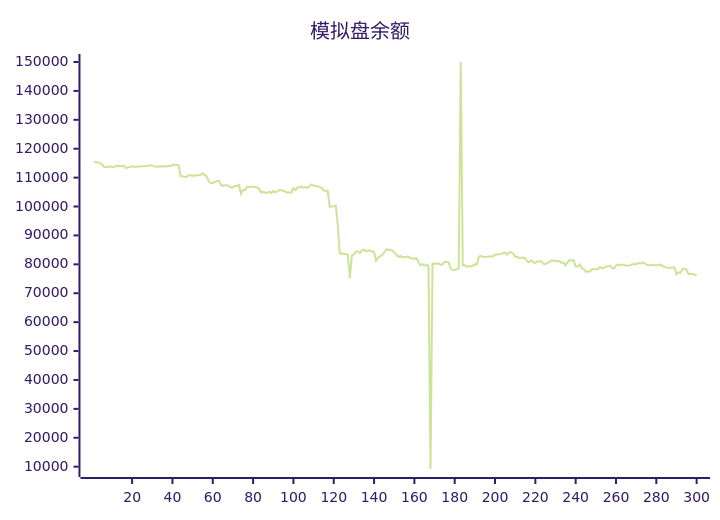
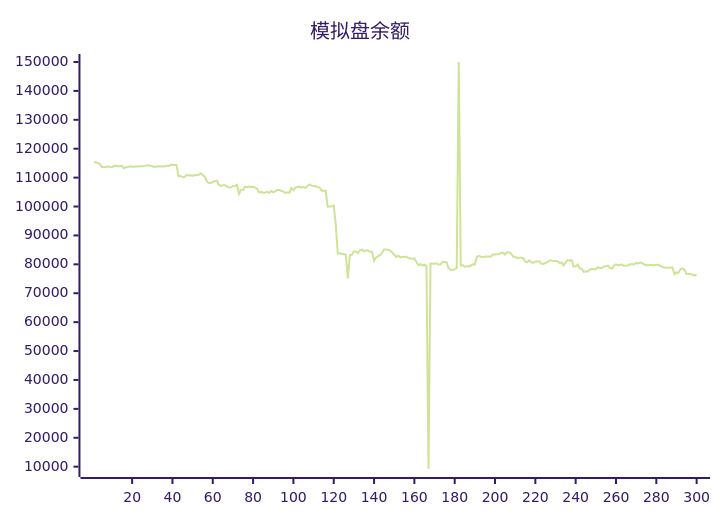
The diagram in README.md (aahl/ai-trading), drawn with Mermaid (forest theme) before and after one commit. The commit also changed other lines of this file and 1 other file, not shown here.

````diff
--- a/README.md
+++ b/README.md
@@ -5,5 +5,5 @@
 ```mermaid
 xychart
     title "模拟盘余额"
-    line [115582,115358,115358,115032,114686,113688,113688,113610,113930,113672,113585,114083,114074,113840,113996,114051,113208,113593,113701,113901,113794,113784,113810,113848,113927,113929,114064,114232,114293,114144,113960,113698,113853,113942,113812,113908,113877,114091,113998,114427,114422,114384,114384,110477,110576,110198,110198,110890,110712,110812,110569,110929,110847,110968,111478,110870,110433,108661,108116,108115,108485,108797,108877,107536,107134,107393,107393,107046,106565,106565,107081,107081,107478,104404,105715,105749,106866,106651,106889,106771,106816,106565,106141,104876,105103,104796,104734,105169,104690,105380,104941,105272,105709,105739,105374,105227,104691,104924,104762,106364,105628,106608,106748,106872,106485,106721,106468,107132,107620,107224,107080,107001,106717,106567,105431,105431,105440,99950,100017,100113,100337,93749,83795,83807,83567,83567,83342,75168,83222,83336,84448,84449,83896,84839,85065,84499,84757,84757,84364,84347,81254,82385,82835,83184,84099,85150,85150,85002,84751,84096,83356,82582,82983,82404,82572,82512,82688,82200,82047,81920,82125,80840,79688,80060,79552,79920,79470,9193,80236,80208,80170,80336,79894,80006,80954,80837,80712,78561,78139,78037,78293,78682,150000,79720,79720,79214,79372,79279,79591,80046,79993,82625,82950,82626,82571,82633,82670,82670,82681,83386,83378,83464,83579,83920,84037,83402,84160,84142,83652,82655,82655,82145,82315,82243,82163,80934,80770,81371,80742,80468,80989,80989,81067,80191,80155,80450,80737,81309,81309,81106,81119,81119,80471,80631,79624,80670,81448,81290,81429,79212,79222,79940,78643,78380,77432,77623,77504,78235,78358,78284,78277,79048,78714,78714,79290,79308,79567,78763,78563,79603,79988,79652,79813,79813,79476,79469,79673,79995,80015,80015,80486,80314,80600,80436,79966,79689,79689,79819,79692,79692,79850,79850,79518,79071,78889,78850,78850,78878,78878,76554,77202,77103,78357,78510,78106,76678,76677,76672,76411,76159]
+    line [115358,115358,115032,114686,113688,113688,113610,113930,113672,113585,114083,114074,113840,113996,114051,113208,113593,113701,113901,113794,113784,113810,113848,113927,113929,114064,114232,114293,114144,113960,113698,113853,113942,113812,113908,113877,114091,113998,114427,114422,114384,114384,110477,110576,110198,110198,110890,110712,110812,110569,110929,110847,110968,111478,110870,110433,108661,108116,108115,108485,108797,108877,107536,107134,107393,107393,107046,106565,106565,107081,107081,107478,104404,105715,105749,106866,106651,106889,106771,106816,106565,106141,104876,105103,104796,104734,105169,104690,105380,104941,105272,105709,105739,105374,105227,104691,104924,104762,106364,105628,106608,106748,106872,106485,106721,106468,107132,107620,107224,107080,107001,106717,106567,105431,105431,105440,99950,100017,100113,100337,93749,83795,83807,83567,83567,83342,75168,83222,83336,84448,84449,83896,84839,85065,84499,84757,84757,84364,84347,81254,82385,82835,83184,84099,85150,85150,85002,84751,84096,83356,82582,82983,82404,82572,82512,82688,82200,82047,81920,82125,80840,79688,80060,79552,79920,79470,9193,80236,80208,80170,80336,79894,80006,80954,80837,80712,78561,78139,78037,78293,78682,150000,79720,79720,79214,79372,79279,79591,80046,79993,82625,82950,82626,82571,82633,82670,82670,82681,83386,83378,83464,83579,83920,84037,83402,84160,84142,83652,82655,82655,82145,82315,82243,82163,80934,80770,81371,80742,80468,80989,80989,81067,80191,80155,80450,80737,81309,81309,81106,81119,81119,80471,80631,79624,80670,81448,81290,81429,79212,79222,79940,78643,78380,77432,77623,77504,78235,78358,78284,78277,79048,78714,78714,79290,79308,79567,78763,78563,79603,79988,79652,79813,79813,79476,79469,79673,79995,80015,80015,80486,80314,80600,80436,79966,79689,79689,79819,79692,79692,79850,79850,79518,79071,78889,78850,78850,78878,78878,76554,77202,77103,78357,78510,78106,76678,76677,76672,76411,76159,76485]
 ```
````
